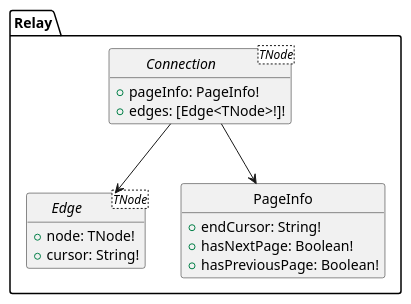
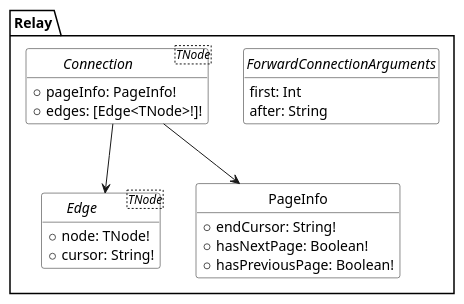
The diagram in schema/relay.plantuml (felixfbecker/olfaction), drawn with PlantUML before and after one commit. The commit also changed 10 other files, not shown here.

Commit message:
Improve diagrams

```diff
--- a/schema/relay.plantuml
+++ b/schema/relay.plantuml
@@ -1,23 +1,36 @@
 @startuml relay
 hide circle
 hide empty members
+skinparam monochrome true
+skinparam style strictuml
+skinparam shadowing false
+skinparam backgroundColor transparent
+skinparam classBackgroundColor transparent
 
 namespace Relay {
+  interface ForwardConnectionArguments {
+    first: Int
+    after: String
+  }
+
   interface Connection<TNode> {
     +pageInfo: PageInfo!
     +edges: [Edge<TNode>!]!
   }
+
   Connection --> Edge
   Connection --> PageInfo
+
   class PageInfo {
     +endCursor: String!
     +hasNextPage: Boolean!
     +hasPreviousPage: Boolean!
   }
+
   interface Edge<TNode> {
     +node: TNode!
     +cursor: String!
   }
 }
 
 @enduml
```
